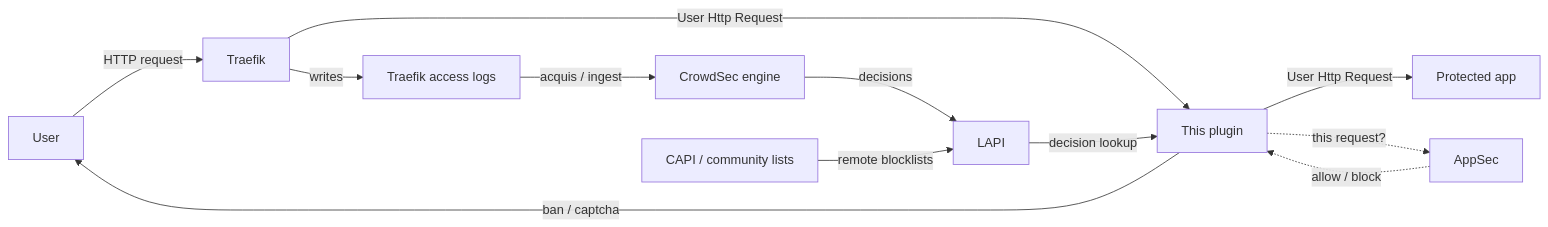
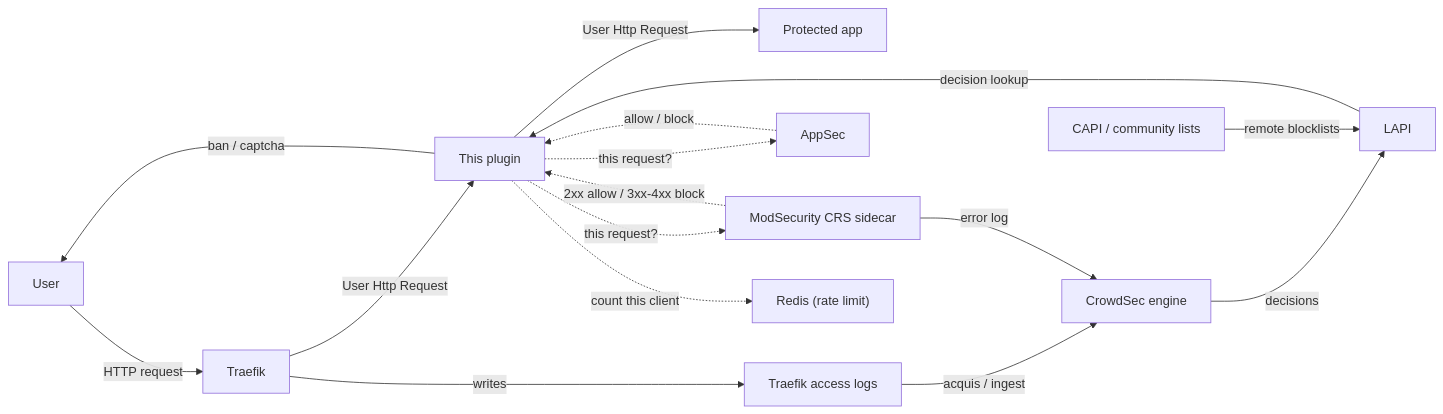
The diagram in README.md (david-garcia-garcia/crowdsec-bouncer-traefik-plugin), drawn with Mermaid before and after one commit. The commit also changed other lines of this file and 15 other files, not shown here.

First line of the commit message:
📝 docs: carry ModSec, rate limit and shared connections into docs/, and add how-it-works and failure-modes pages

````diff
--- a/README.md
+++ b/README.md
@@ -77,24 +78,30 @@
 ```mermaid
 flowchart LR
   User["User"]
   Traefik["Traefik"]
   Plugin["This plugin"]
   Origin["Protected app"]
   Logs["Traefik access logs"]
   Engine["CrowdSec engine"]
   LAPI["LAPI"]
   CAPI["CAPI / community lists"]
   AppSec["AppSec"]
+  ModSec["ModSecurity CRS sidecar"]
+  Redis["Redis (rate limit)"]
 
   User -->|"HTTP request"| Traefik
   Traefik -->|"User Http Request"| Plugin
   Plugin -->|"User Http Request"| Origin
   Plugin -->|"ban / captcha"| User
   Traefik -->|"writes"| Logs
   Logs -->|"acquis / ingest"| Engine
   Engine -->|"decisions"| LAPI
   CAPI -->|"remote blocklists"| LAPI
   LAPI -->|"decision lookup"| Plugin
+  Plugin -.->|"count this client"| Redis
   Plugin -.->|"this request?"| AppSec
   AppSec -.->|"allow / block"| Plugin
+  Plugin -.->|"this request?"| ModSec
+  ModSec -.->|"2xx allow / 3xx-4xx block"| Plugin
+  ModSec -->|"error log"| Engine
 ```
````
